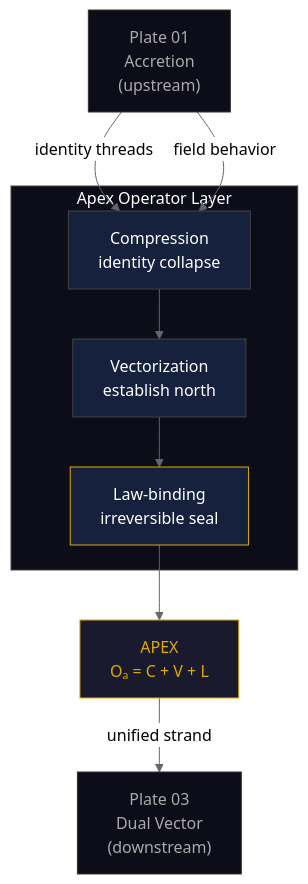
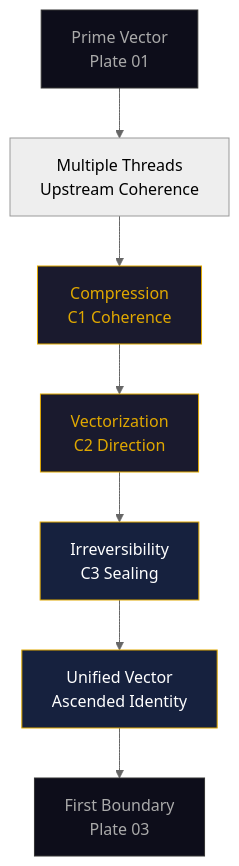
One commit to Hydrogenesi/phoenix-quantumonix changed the diagram in docs/diagrams/Plate-02-Apex.mmd. Above: the diagram before and after it, drawn with Mermaid (neutral theme). The commit also changed 2 other files, not shown here.

Commit message:
Comprehensive session update: Plates 02-07, diagrams, integration docs, and PDF builder enhancements

```diff
--- a/docs/diagrams/Plate-02-Apex.mmd
+++ b/docs/diagrams/Plate-02-Apex.mmd
@@ -1,25 +1,29 @@
 graph TD
-    ACC["Plate 01\nAccretion\n(upstream)"]
-    APEX["APEX\nOₐ = C + V + L"]
-    DV["Plate 03\nDual Vector\n(downstream)"]
+    P01["Prime Vector
+Plate 01"]
+    THREADS["Multiple Threads
+Upstream Coherence"]
+    COMPRESS["Compression
+C1 Coherence"]
+    VEC["Vectorization
+C2 Direction"]
+    IRREV["Irreversibility
+C3 Sealing"]
+    VECTOR["Unified Vector
+Ascended Identity"]
+    P03["First Boundary
+Plate 03"]
 
-    ACC -->|"identity threads"| C
-    ACC -->|"field behavior"| C
+    P01 --> THREADS
+    THREADS --> COMPRESS
+    COMPRESS --> VEC
+    VEC --> IRREV
+    IRREV --> VECTOR
+    VECTOR --> P03
 
-    subgraph APEX_LAYER["Apex Operator Layer"]
-        C["Compression\nidentity collapse"]
-        V["Vectorization\nestablish north"]
-        L["Law-binding\nirreversible seal"]
-        C --> V --> L
-    end
-
-    L --> APEX
-    APEX -->|"unified strand"| DV
-
-    style APEX fill:#1a1a2e,color:#e0a800,stroke:#e0a800
-    style APEX_LAYER fill:#0d0d1a,color:#fff,stroke:#444
-    style C fill:#16213e,color:#fff,stroke:#444
-    style V fill:#16213e,color:#fff,stroke:#444
-    style L fill:#16213e,color:#fff,stroke:#e0a800
-    style ACC fill:#0d0d1a,color:#aaa,stroke:#333
-    style DV fill:#0d0d1a,color:#aaa,stroke:#333
+    style P01 fill:#0d0d1a,color:#aaa,stroke:#333
+    style COMPRESS fill:#1a1a2e,color:#e0a800,stroke:#e0a800
+    style VEC fill:#1a1a2e,color:#e0a800,stroke:#e0a800
+    style IRREV fill:#16213e,color:#fff,stroke:#e0a800
+    style VECTOR fill:#16213e,color:#fff,stroke:#e0a800
+    style P03 fill:#0d0d1a,color:#aaa,stroke:#333
```
